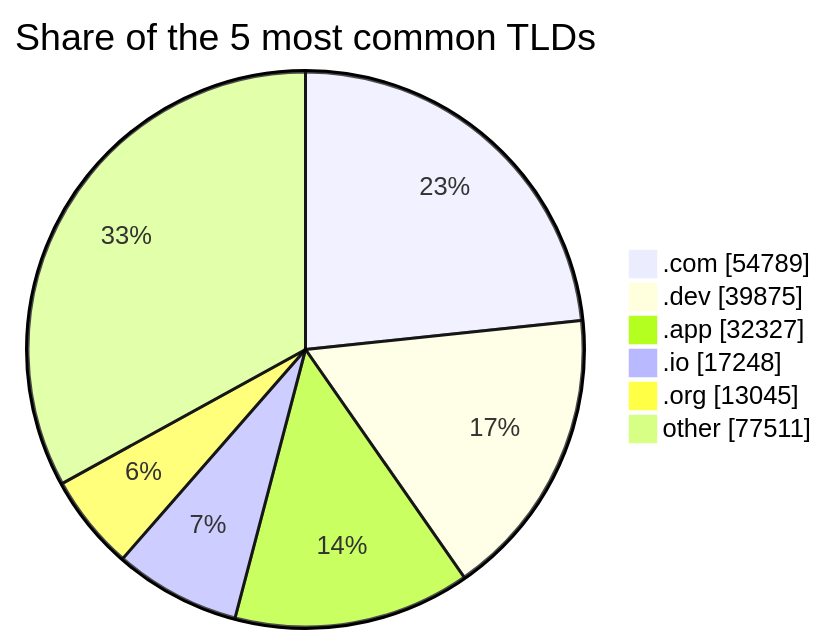
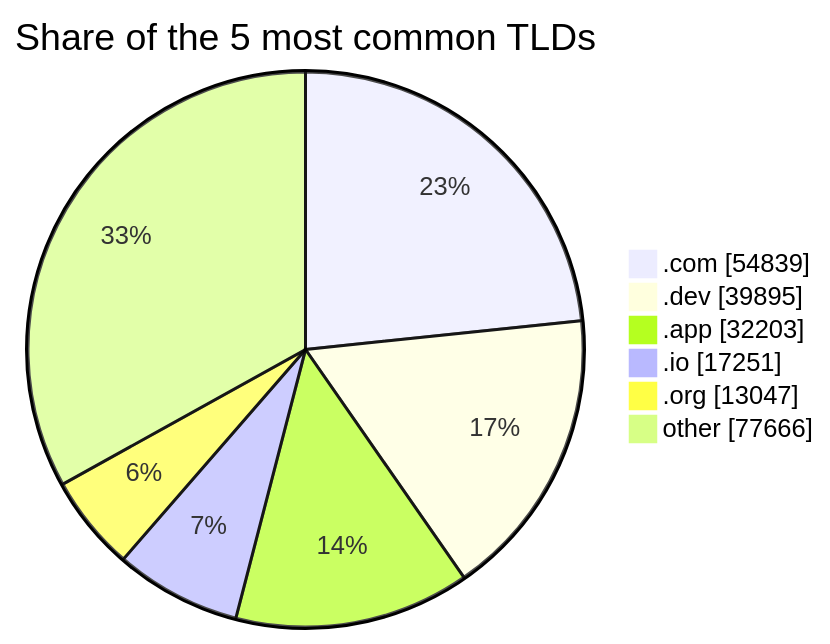
The second of 2 diagrams in README.md (DNSBunker/CTI), drawn with Mermaid before and after one commit. The commit also changed other lines of this file and 3 other files, not shown here.

````diff
--- a/README.md
+++ b/README.md
@@ -72,9 +72,9 @@
 ```mermaid
 pie showData title Share of the 5 most common TLDs
-    ".com" : 54789
-    ".dev" : 39875
-    ".app" : 32327
-    ".io" : 17248
-    ".org" : 13045
-    "other" : 77511
+    ".com" : 54839
+    ".dev" : 39895
+    ".app" : 32203
+    ".io" : 17251
+    ".org" : 13047
+    "other" : 77666
 ```
````
